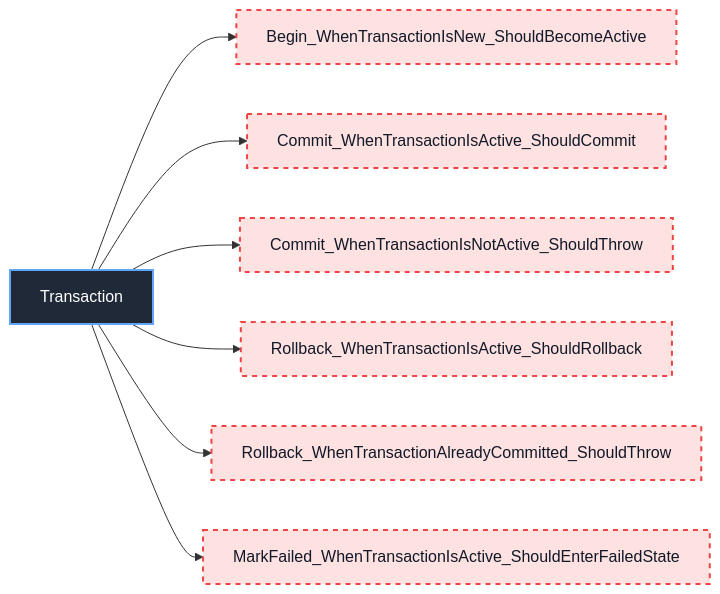
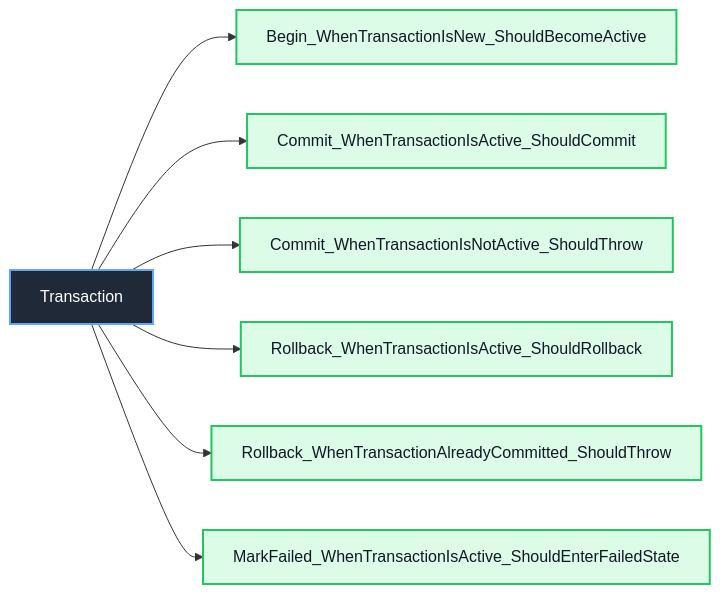
Diagram 15 of 31 in docs/unit-test/README.md (manaxpow/DBMS), drawn with Mermaid before and after one commit. The commit also changed other lines of this file and 5 other files, not shown here.

````diff
--- a/docs/unit-test/README.md
+++ b/docs/unit-test/README.md
@@ -339,18 +339,18 @@
 ```mermaid
 flowchart LR
     Class_Transaction["Transaction"]
 
     Class_Transaction --> TX_001["Begin_WhenTransactionIsNew_ShouldBecomeActive"]
     Class_Transaction --> TX_002["Commit_WhenTransactionIsActive_ShouldCommit"]
     Class_Transaction --> TX_003["Commit_WhenTransactionIsNotActive_ShouldThrow"]
     Class_Transaction --> TX_004["Rollback_WhenTransactionIsActive_ShouldRollback"]
     Class_Transaction --> TX_005["Rollback_WhenTransactionAlreadyCommitted_ShouldThrow"]
     Class_Transaction --> TX_006["MarkFailed_WhenTransactionIsActive_ShouldEnterFailedState"]
 
     classDef classNode fill:#1f2937,stroke:#60a5fa,color:#ffffff,stroke-width:2px
     classDef completedTest fill:#dcfce7,stroke:#22c55e,color:#111827,stroke-width:2px
     classDef missingTest fill:#fee2e2,stroke:#ef4444,color:#111827,stroke-width:2px,stroke-dasharray: 5 5
 
     class Class_Transaction classNode
-    class TX_001,TX_002,TX_003,TX_004,TX_005,TX_006 missingTest
+    class TX_001,TX_002,TX_003,TX_004,TX_005,TX_006 completedTest
 ```
````
